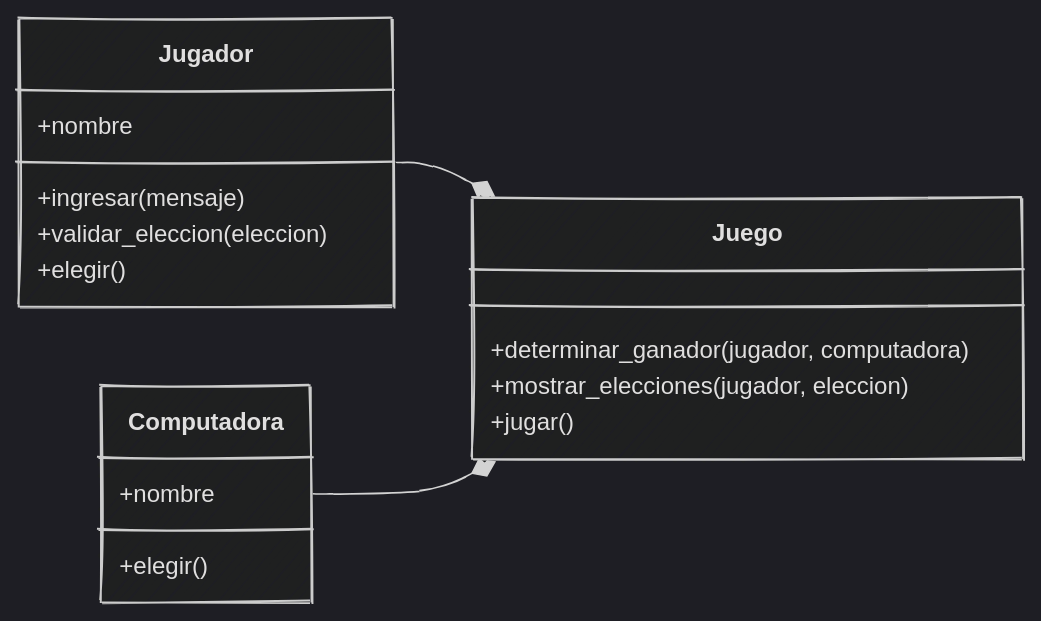
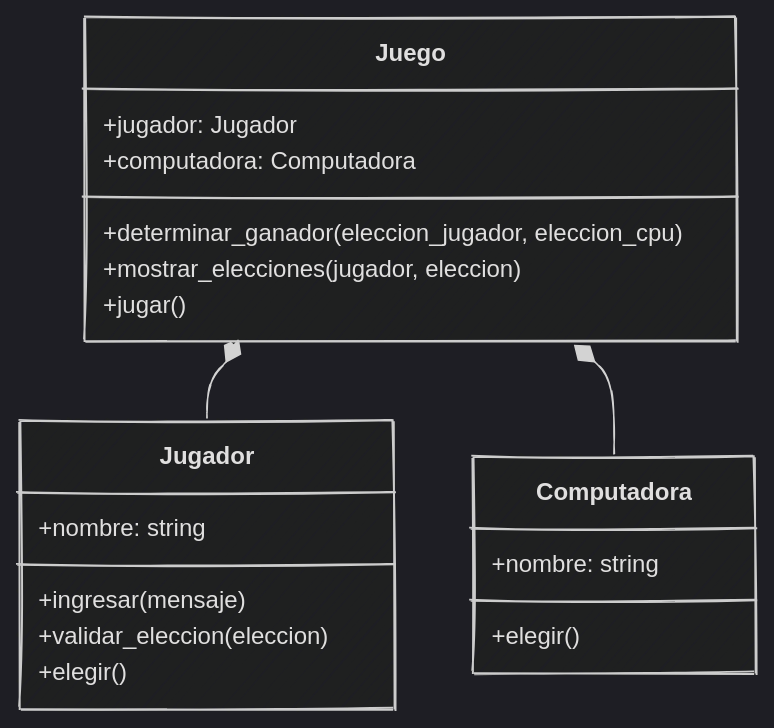
Before and after one commit to python-la-paz/python-study-group-oop: the fifth of 6 diagrams in content/sesion11/Readme.md, drawn with Mermaid. The commit also changed other lines of this file and 2 other files, not shown here.

````diff
--- a/content/sesion11/Readme.md
+++ b/content/sesion11/Readme.md
@@ -1011,22 +1133,23 @@
 ```mermaid
 %%{init: {"theme": "dark", "look": "handDrawn"  }}%%
 classDiagram
-direction LR
     class Jugador {
-        +nombre
+        +nombre: string
         +ingresar(mensaje)
         +validar_eleccion(eleccion)
         +elegir()
     }
     class Computadora {
-        +nombre
+        +nombre: string
         +elegir()
     }
     class Juego {
-        +determinar_ganador(jugador, computadora)
+        +jugador: Jugador
+        +computadora: Computadora
+        +determinar_ganador(eleccion_jugador, eleccion_cpu)
         +mostrar_elecciones(jugador, eleccion)
         +jugar()
     }
-    Jugador --* Juego
-    Computadora --* Juego
+    Juego *-- Jugador
+    Juego *-- Computadora
 ```
````
